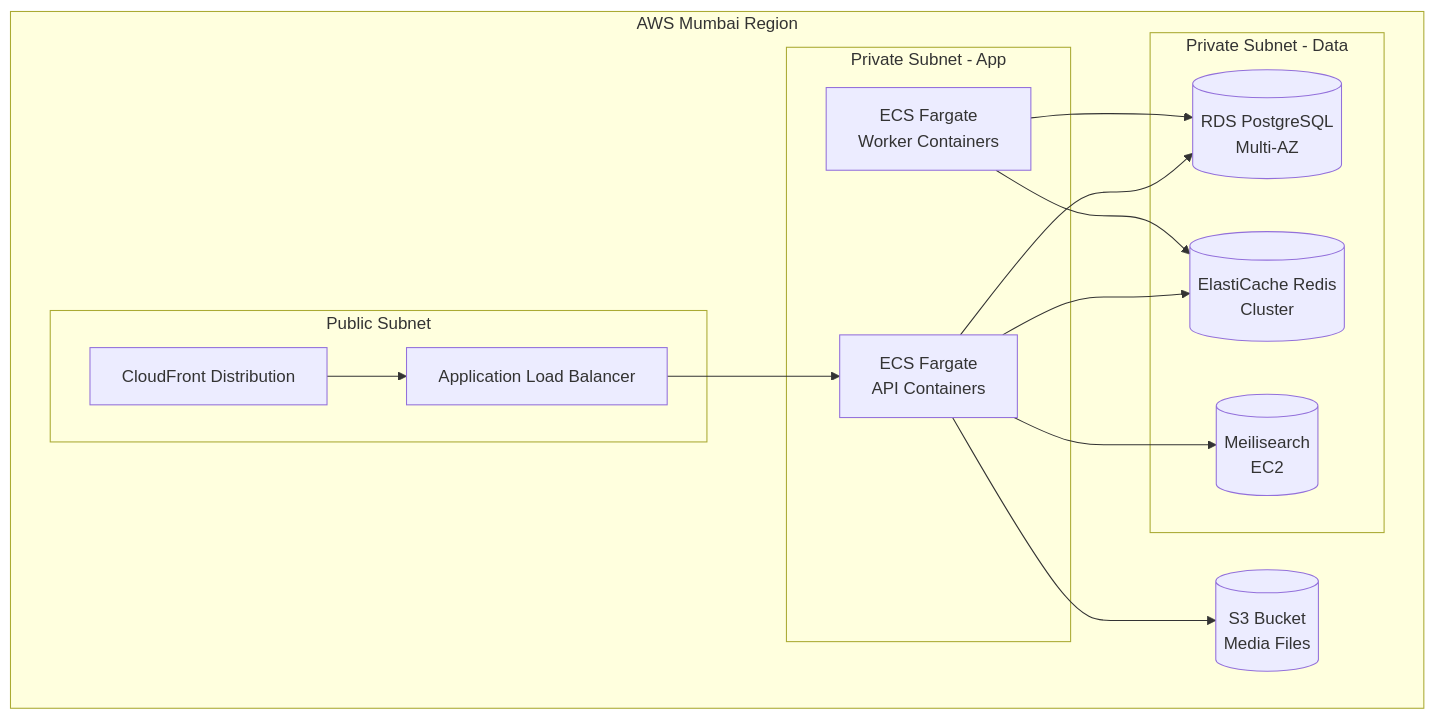
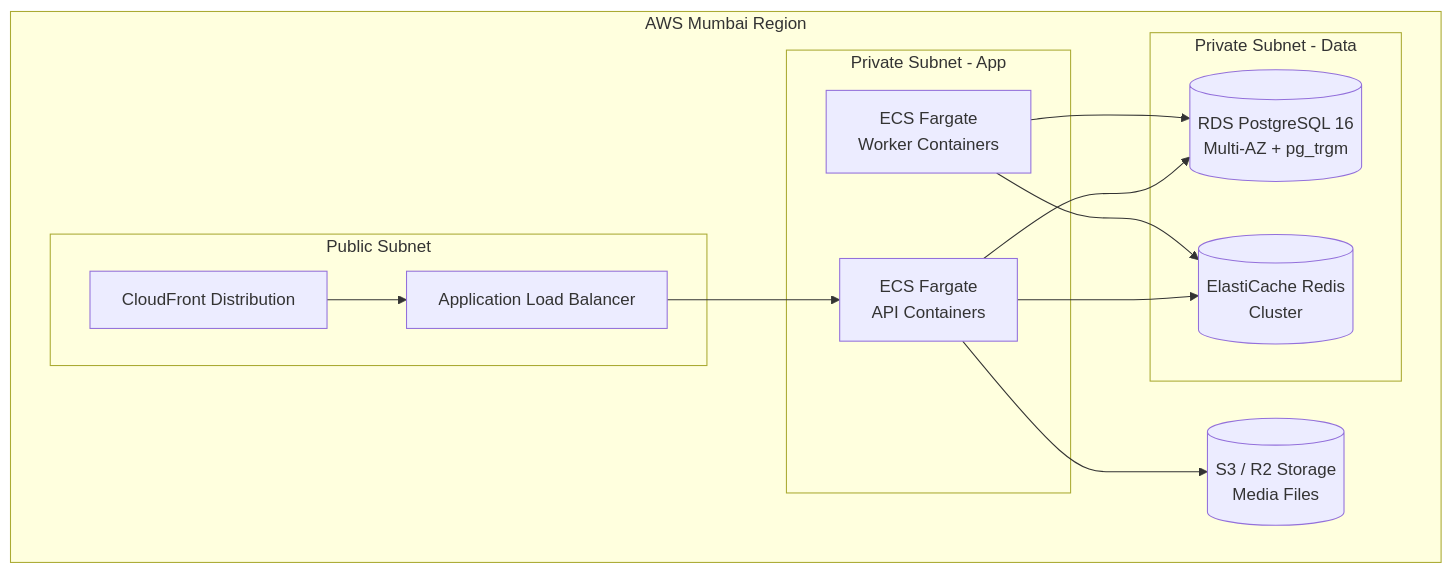
Before and after one commit to sudarsan-22/PetZonic: the sixth of 6 diagrams in docs/02-technical-architecture/system-architecture.md, drawn with Mermaid. The commit also changed other lines of this file and 13 other files, not shown here.

Commit message:
docs: finalize alignment of coding standards, integrations, roadmap, and runbooks with Express 5 & pg_trgm

````diff
--- a/docs/02-technical-architecture/system-architecture.md
+++ b/docs/02-technical-architecture/system-architecture.md
@@ -293,31 +293,29 @@
 ```mermaid
 graph TB
     subgraph AWS Mumbai Region
         subgraph Public Subnet
             ALB2[Application Load Balancer]
             CF2[CloudFront Distribution]
         end
 
         subgraph Private Subnet - App
             ECS[ECS Fargate<br/>API Containers]
             WORKER[ECS Fargate<br/>Worker Containers]
         end
 
         subgraph Private Subnet - Data
-            RDS[(RDS PostgreSQL<br/>Multi-AZ)]
+            RDS[(RDS PostgreSQL 16<br/>Multi-AZ + pg_trgm)]
             EC[(ElastiCache Redis<br/>Cluster)]
-            MS2[(Meilisearch<br/>EC2)]
         end
 
-        S3B[(S3 Bucket<br/>Media Files)]
+        S3B[(S3 / R2 Storage<br/>Media Files)]
     end
 
     CF2 --> ALB2
     ALB2 --> ECS
     ECS --> RDS
     ECS --> EC
-    ECS --> MS2
     ECS --> S3B
     WORKER --> RDS
     WORKER --> EC
 ```
````
